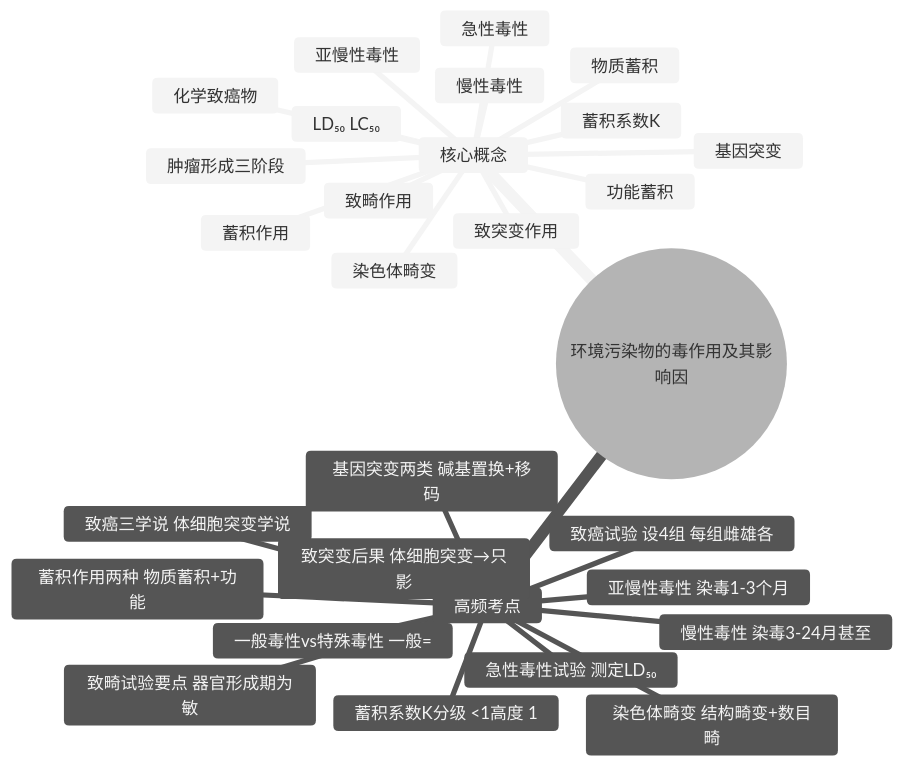
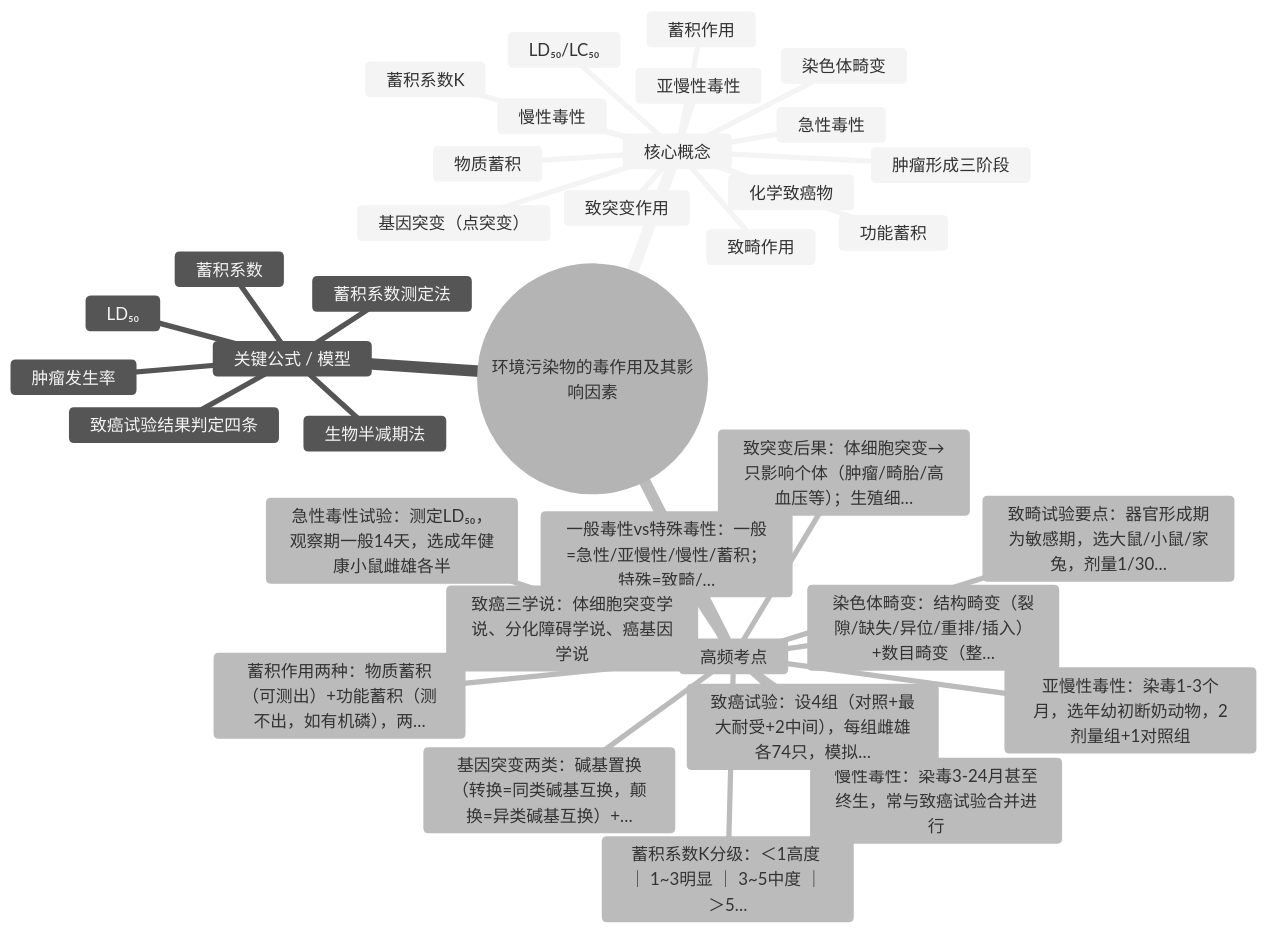
The diagram in 环境毒理学/03_解析成果/_素材/_第04章_环境污染物的毒作用及其影响因素.md (dao-genesis/xuexi-fuxi), drawn with Mermaid (neutral theme) before and after one commit. The commit also changed other lines of this file and 47 other files, not shown here.

````diff
--- a/环境毒理学/03_解析成果/_素材/_第04章_环境污染物的毒作用及其影响因素.md
+++ b/环境毒理学/03_解析成果/_素材/_第04章_环境污染物的毒作用及其影响因素.md
@@ -1433,32 +1440,39 @@
 ```mermaid
 mindmap
-  root((环境污染物的毒作用及其影响因))
+  root((环境污染物的毒作用及其影响因素))
     核心概念
       急性毒性
-      LD₅₀ LC₅₀
+      LD₅₀/LC₅₀
       亚慢性毒性
       慢性毒性
       蓄积作用
       物质蓄积
       功能蓄积
       蓄积系数K
       致突变作用
-      基因突变
+      基因突变（点突变）
       染色体畸变
       致畸作用
       化学致癌物
       肿瘤形成三阶段
+    关键公式 / 模型
+      LD₅₀
+      蓄积系数
+      蓄积系数测定法
+      生物半减期法
+      肿瘤发生率
+      致癌试验结果判定四条
     高频考点
-      一般毒性vs特殊毒性 一般=
-      急性毒性试验 测定LD₅₀ 
-      亚慢性毒性 染毒1-3个月 
-      慢性毒性 染毒3-24月甚至
-      蓄积作用两种 物质蓄积+功能
-      蓄积系数K分级 <1高度 1
-      基因突变两类 碱基置换+移码
-      染色体畸变 结构畸变+数目畸
-      致突变后果 体细胞突变→只影
-      致畸试验要点 器官形成期为敏
-      致癌三学说 体细胞突变学说 
-      致癌试验 设4组 每组雌雄各
+      一般毒性vs特殊毒性：一般=急性/亚慢性/慢性/蓄积；特殊=致畸/…
+      急性毒性试验：测定LD₅₀，观察期一般14天，选成年健康小鼠雌雄各半
+      亚慢性毒性：染毒1-3个月，选年幼初断奶动物，2剂量组+1对照组
+      慢性毒性：染毒3-24月甚至终生，常与致癌试验合并进行
+      蓄积作用两种：物质蓄积（可测出）+功能蓄积（测不出，如有机磷），两…
+      蓄积系数K分级：＜1高度 ｜ 1~3明显 ｜ 3~5中度 ｜ ＞5…
+      基因突变两类：碱基置换（转换=同类碱基互换，颠换=异类碱基互换）+…
+      染色体畸变：结构畸变（裂隙/缺失/异位/重排/插入）+数目畸变（整…
+      致突变后果：体细胞突变→只影响个体（肿瘤/畸胎/高血压等）；生殖细…
+      致畸试验要点：器官形成期为敏感期，选大鼠/小鼠/家兔，剂量1/30…
+      致癌三学说：体细胞突变学说、分化障碍学说、癌基因学说
+      致癌试验：设4组（对照+最大耐受+2中间），每组雌雄各74只，模拟…
 ```
````
